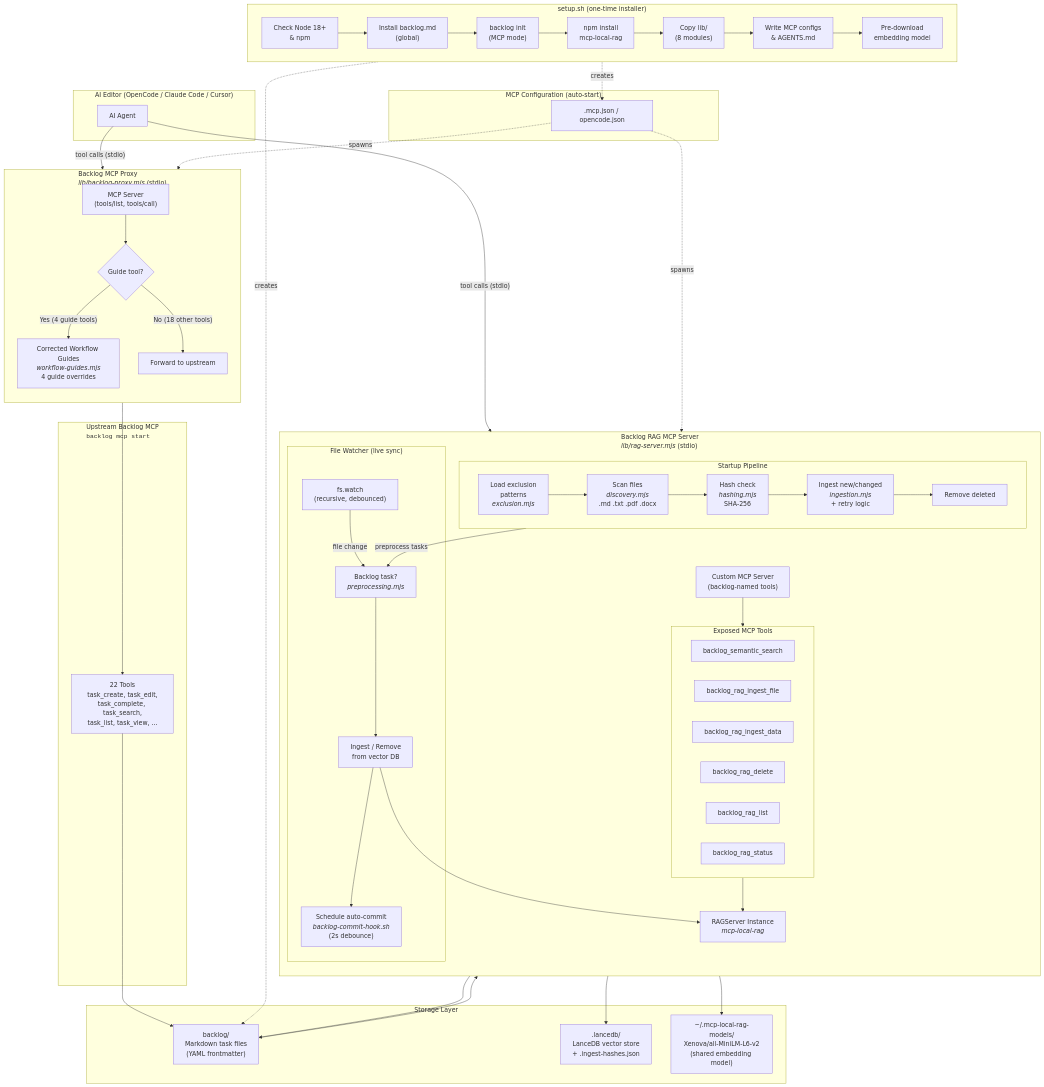
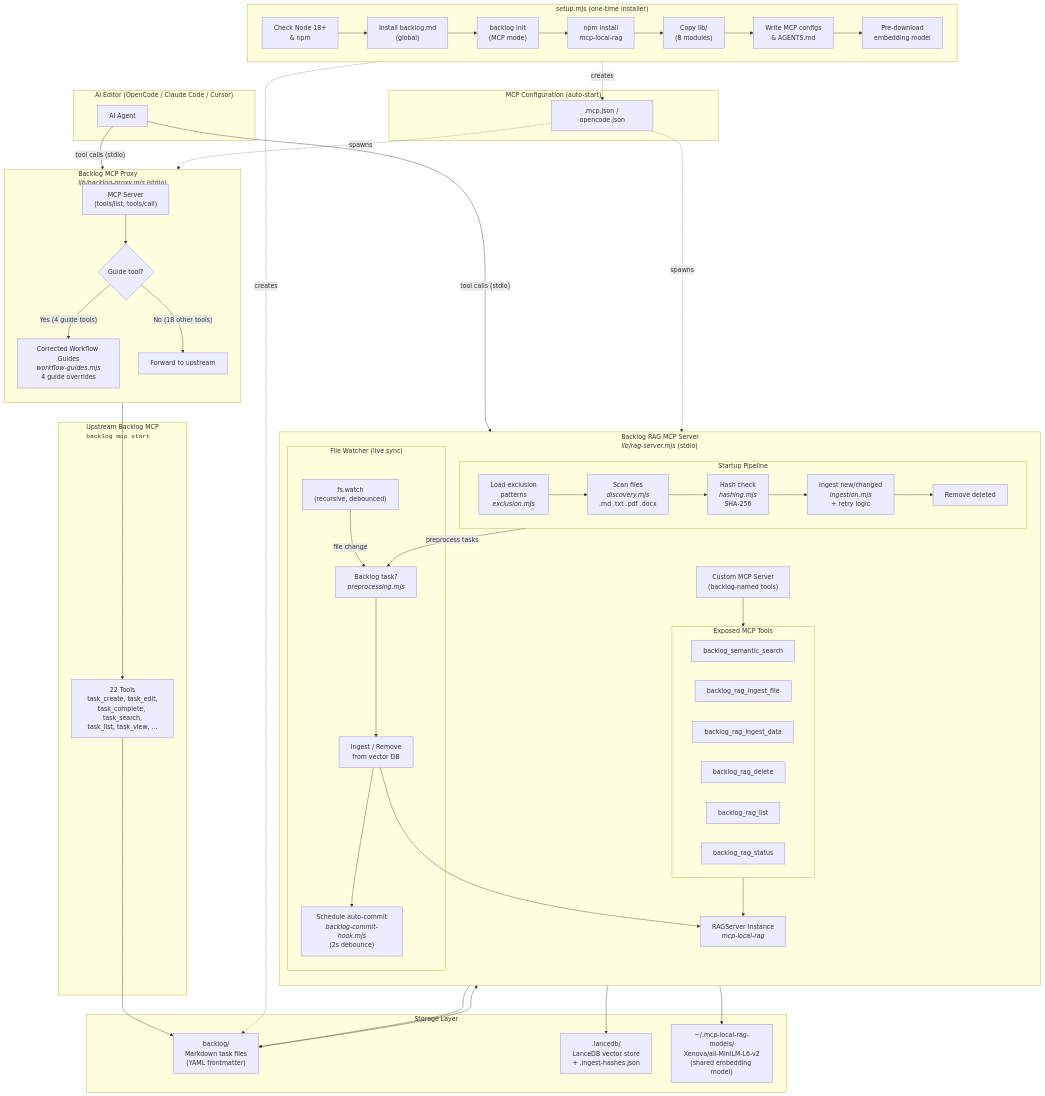
The diagram in docs/mcp-flow.md (Hodnebo/backlog-setup), drawn with Mermaid before and after one commit. The commit also changed 10 other files, not shown here.

First line of the commit message:
chore: remove pre-npx installation artifacts (setup.sh, install.sh, bash hook)

```diff
--- a/docs/mcp-flow.md
+++ b/docs/mcp-flow.md
@@ -50,7 +50,7 @@
             FSWatch["fs.watch<br/>(recursive, debounced)"]
             PreProcess["Backlog task?<br/><i>preprocessing.mjs</i>"]
             IngestOrRemove["Ingest / Remove<br/>from vector DB"]
-            AutoCommit["Schedule auto-commit<br/><i>backlog-commit-hook.sh</i><br/>(2s debounce)"]
+            AutoCommit["Schedule auto-commit<br/><i>backlog-commit-hook.mjs</i><br/>(2s debounce)"]
         end
     end
 
@@ -60,7 +60,7 @@
         ModelCache["~/.mcp-local-rag-models/<br/>Xenova/all-MiniLM-L6-v2<br/>(shared embedding model)"]
     end
 
-    subgraph SetupFlow["setup.sh (one-time installer)"]
+    subgraph SetupFlow["setup.mjs (one-time installer)"]
         direction LR
         I1["Check Node 18+<br/>& npm"]
         I2["Install backlog.md<br/>(global)"]
```
